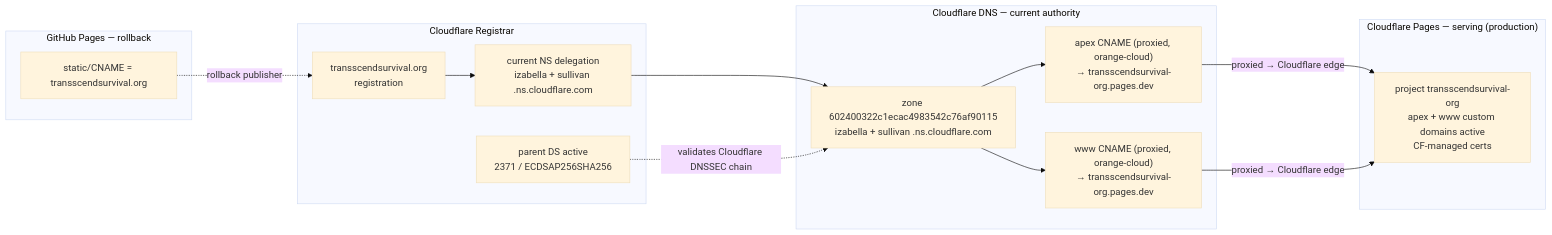
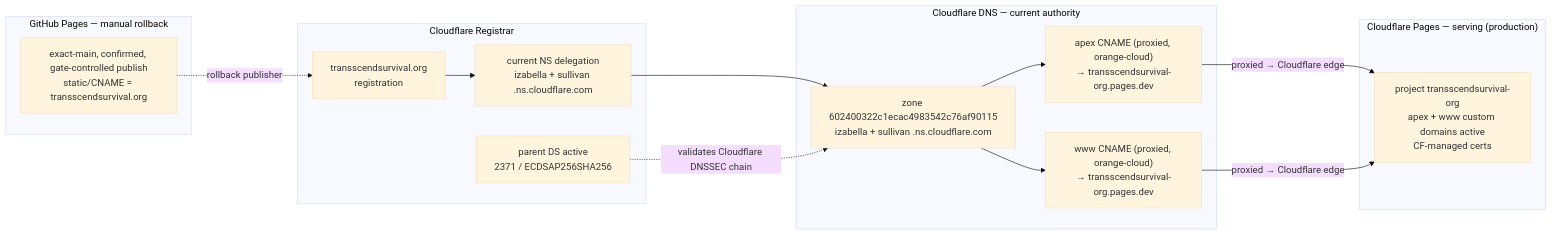
One commit to Jesssullivan/jesssullivan.github.io changed the first of 5 diagrams in docs/dns-architecture.md. Above: the diagram before and after it, drawn with Mermaid (base theme). The commit also changed other lines of this file and 52 other files, not shown here.

````diff
--- a/docs/dns-architecture.md
+++ b/docs/dns-architecture.md
@@ -32,31 +32,31 @@
 ```mermaid
 flowchart LR
     subgraph Registrar["Cloudflare Registrar"]
         Reg["transscendsurvival.org<br/>registration"]
         DS["parent DS active<br/>2371 / ECDSAP256SHA256"]
         NSdeleg["current NS delegation<br/>izabella + sullivan .ns.cloudflare.com"]
     end
 
     subgraph CF["Cloudflare DNS — current authority"]
         Zone["zone 602400322c1ecac4983542c76af90115<br/>izabella + sullivan .ns.cloudflare.com"]
         Apex["apex CNAME (proxied, orange-cloud)<br/>→ transscendsurvival-org.pages.dev"]
         WWW["www CNAME (proxied, orange-cloud)<br/>→ transscendsurvival-org.pages.dev"]
     end
 
     subgraph CFP["Cloudflare Pages — serving (production)"]
         Pages["project transscendsurvival-org<br/>apex + www custom domains active<br/>CF-managed certs"]
     end
 
-    subgraph GHP["GitHub Pages — rollback"]
-        GH["static/CNAME = transscendsurvival.org"]
+    subgraph GHP["GitHub Pages — manual rollback"]
+        GH["exact-main, confirmed, gate-controlled publish<br/>static/CNAME = transscendsurvival.org"]
     end
 
     Reg --> NSdeleg
     NSdeleg --> Zone
     DS -. "validates Cloudflare DNSSEC chain" .-> Zone
     Zone --> Apex
     Zone --> WWW
     Apex -- "proxied → Cloudflare edge" --> Pages
     WWW -- "proxied → Cloudflare edge" --> Pages
     GH -. "rollback publisher" .-> Reg
 ```
````
